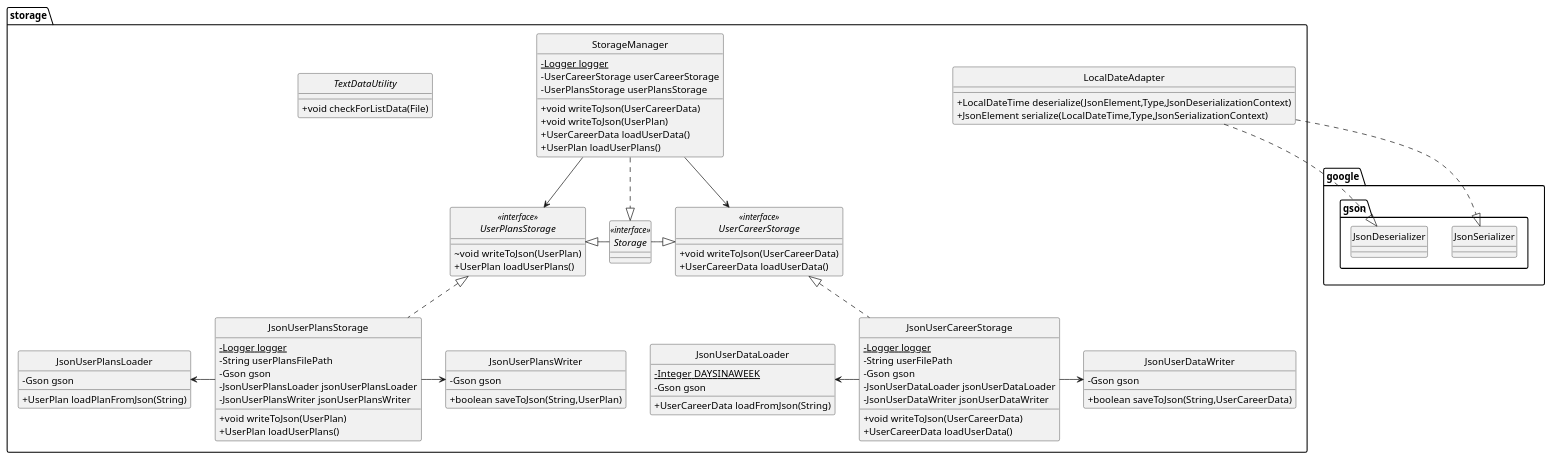
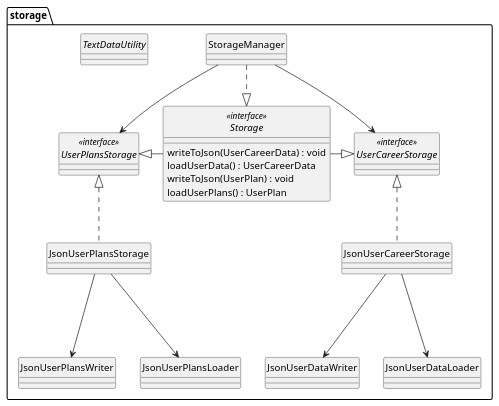
The diagram in Storage.puml (nus-cs2113-AY2223S2/tp), drawn with PlantUML before and after one commit.

Commit message:
Simplify the UML for storage

```diff
--- a/Storage.puml
+++ b/Storage.puml
@@ -1,83 +1,51 @@
 @startuml
 skinparam classAttributeIconSize 0
 hide circle
 
 class storage.StorageManager {
-- {static} Logger logger
-- UserCareerStorage userCareerStorage
-- UserPlansStorage userPlansStorage
-+ void writeToJson(UserCareerData)
-+ void writeToJson(UserPlan)
-+ UserCareerData loadUserData()
-+ UserPlan loadUserPlans()
 }
 interface storage.Storage <<interface>> {
+writeToJson(UserCareerData) : void
+loadUserData() : UserCareerData
+
+
+writeToJson(UserPlan) : void
+loadUserPlans() : UserPlan
 }
 class storage.JsonUserPlansStorage {
-- {static} Logger logger
-- String userPlansFilePath
-- Gson gson
-- JsonUserPlansLoader jsonUserPlansLoader
-- JsonUserPlansWriter jsonUserPlansWriter
-+ void writeToJson(UserPlan)
-+ UserPlan loadUserPlans()
+
 }
 interface storage.UserPlansStorage <<interface>> {
-~ void writeToJson(UserPlan)
-+ UserPlan loadUserPlans()
-}
-class storage.LocalDateAdapter {
-+ LocalDateTime deserialize(JsonElement,Type,JsonDeserializationContext)
-+ JsonElement serialize(LocalDateTime,Type,JsonSerializationContext)
+
 }
 
 class storage.JsonUserCareerStorage {
-- {static} Logger logger
-- String userFilePath
-- Gson gson
-- JsonUserDataLoader jsonUserDataLoader
-- JsonUserDataWriter jsonUserDataWriter
-+ void writeToJson(UserCareerData)
-+ UserCareerData loadUserData()
 }
 abstract class storage.TextDataUtility {
-+ void checkForListData(File)
 }
 class storage.JsonUserPlansWriter {
-- Gson gson
-+ boolean saveToJson(String,UserPlan)
 }
 interface storage.UserCareerStorage <<interface>> {
-+ void writeToJson(UserCareerData)
-+ UserCareerData loadUserData()
 }
 class storage.JsonUserDataWriter {
-- Gson gson
-+ boolean saveToJson(String,UserCareerData)
 }
 class storage.JsonUserPlansLoader {
-- Gson gson
-+ UserPlan loadPlanFromJson(String)
 }
 class storage.JsonUserDataLoader {
-- {static} Integer DAYSINAWEEK
-- Gson gson
-+ UserCareerData loadFromJson(String)
 }
 
 storage.StorageManager .d.|> storage.Storage
 storage.StorageManager --> storage.UserCareerStorage
 storage.StorageManager --> storage.UserPlansStorage
 storage.UserCareerStorage <|-l- storage.Storage
 storage.UserPlansStorage <|-r- storage.Storage
 storage.UserPlansStorage <|.. storage.JsonUserPlansStorage
 
 storage.UserCareerStorage <|.. storage.JsonUserCareerStorage
 
-storage.JsonUserCareerStorage -l-> storage.JsonUserDataLoader
-storage.JsonUserCareerStorage -r-> storage.JsonUserDataWriter
-storage.JsonUserPlansStorage -l-> storage.JsonUserPlansLoader
-storage.JsonUserPlansStorage -> storage.JsonUserPlansWriter
-google.gson.JsonSerializer <|.u. storage.LocalDateAdapter
-google.gson.JsonDeserializer <|.u. storage.LocalDateAdapter
+storage.JsonUserCareerStorage -d--> storage.JsonUserDataLoader
+storage.JsonUserCareerStorage -d--> storage.JsonUserDataWriter
+storage.JsonUserPlansStorage -d--> storage.JsonUserPlansLoader
+storage.JsonUserPlansStorage -d--> storage.JsonUserPlansWriter
+
 @enduml
```
